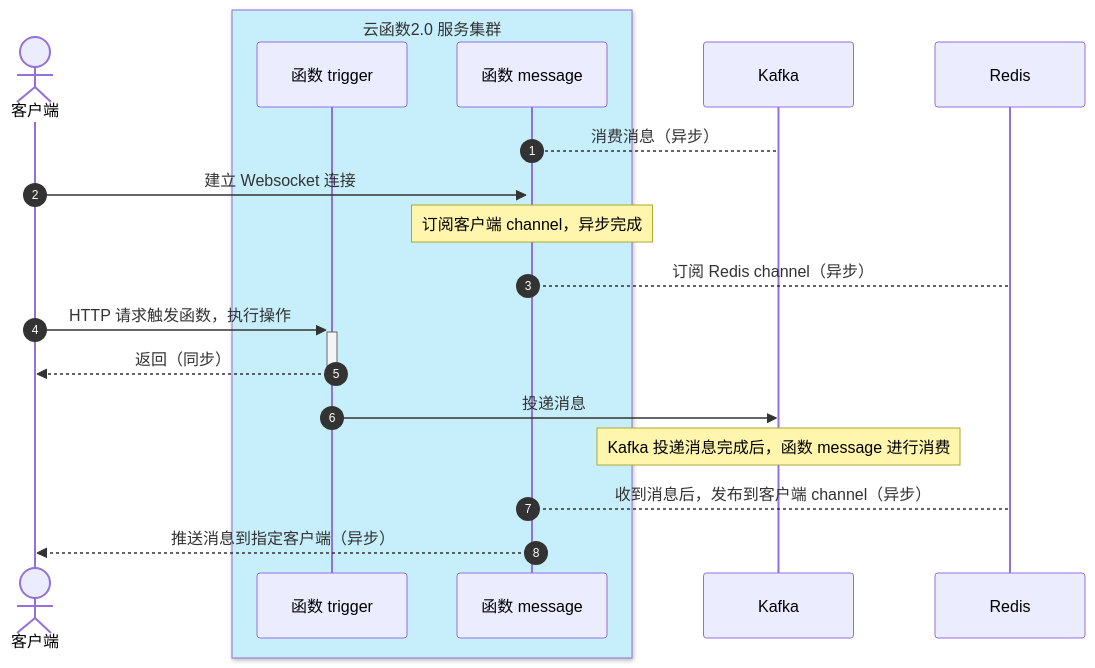
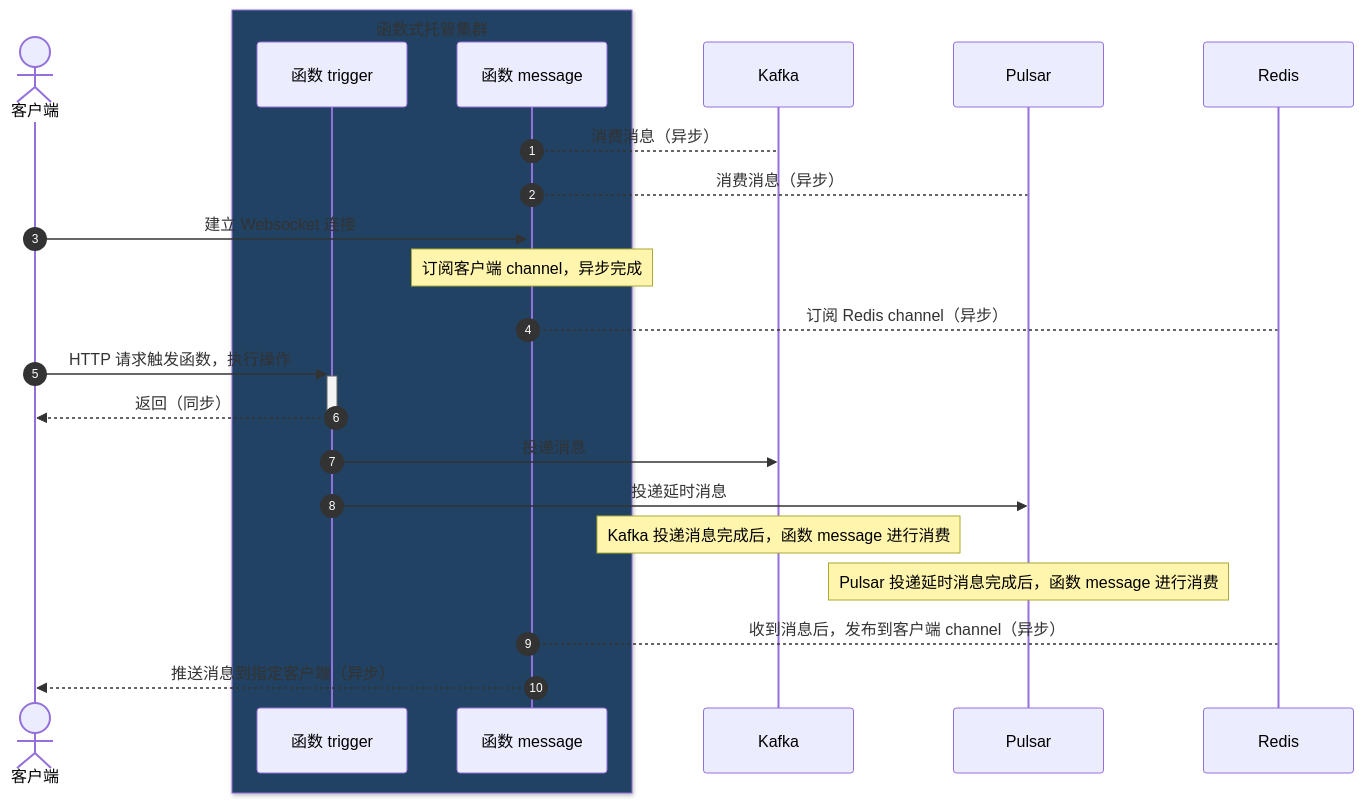
One commit to TencentCloudBase/cloudbase-examples changed the diagram in cloudrunfunctions/message-center/README.md. Above: the diagram before and after it, drawn with Mermaid. The commit also changed other lines of this file and 17 other files, not shown here.

First line of the commit message:
feat: add delayed message example using pulsar

````diff
--- a/cloudrunfunctions/message-center/README.md
+++ b/cloudrunfunctions/message-center/README.md
@@ -11,26 +11,30 @@
 ```mermaid
 sequenceDiagram
     autonumber
     actor c as 客户端
-    box rgb(199,239,251) 云函数2.0 服务集群
+    box rgb(33,66,99) 函数式托管集群
     participant t as 函数 trigger
     participant m as 函数 message
     end
     participant k as Kafka
+    participant p as Pulsar
     participant r as Redis
 
 
     m --> k: 消费消息（异步）
+    m --> p: 消费消息（异步）
     c ->> +m: 建立 Websocket 连接
     note over m: 订阅客户端 channel，异步完成
     m --> r: 订阅 Redis channel（异步）
 
     c ->> +t: HTTP 请求触发函数，执行操作
     t -->> -c: 返回（同步）
     t ->> k: 投递消息
+    t ->> p: 投递延时消息
 
     note over k: Kafka 投递消息完成后，函数 message 进行消费
+    note over p: Pulsar 投递延时消息完成后，函数 message 进行消费
     m --> r: 收到消息后，发布到客户端 channel（异步）
     m -->> c: 推送消息到指定客户端（异步）
 
 ```
````
